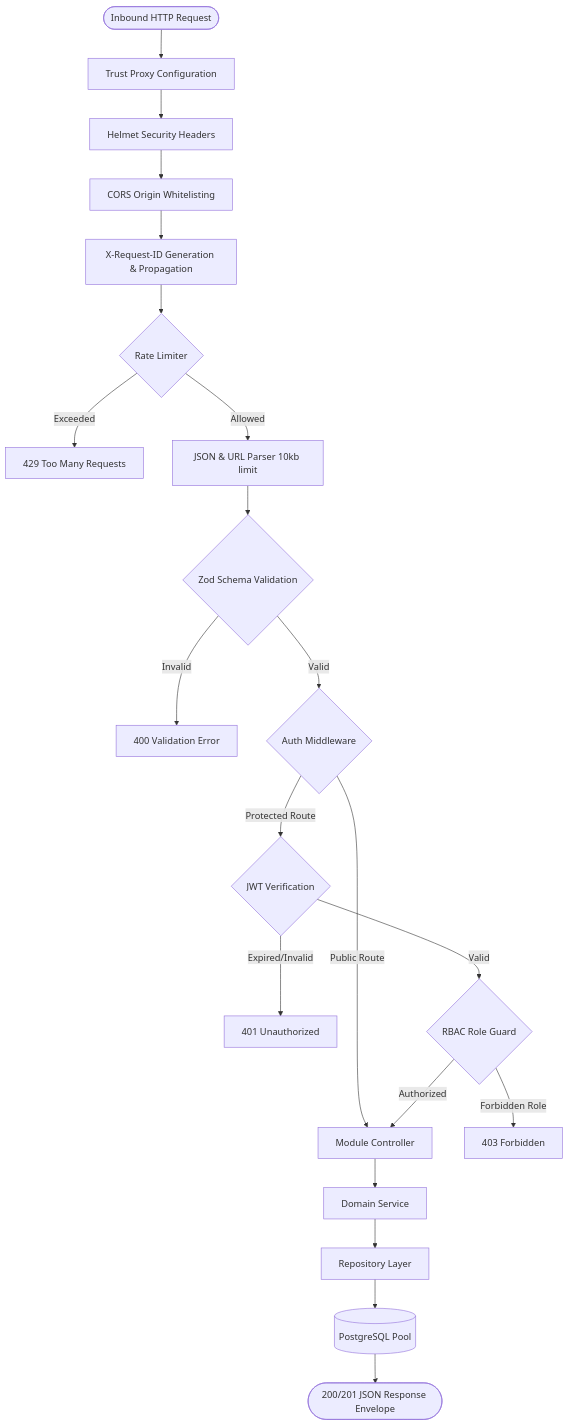
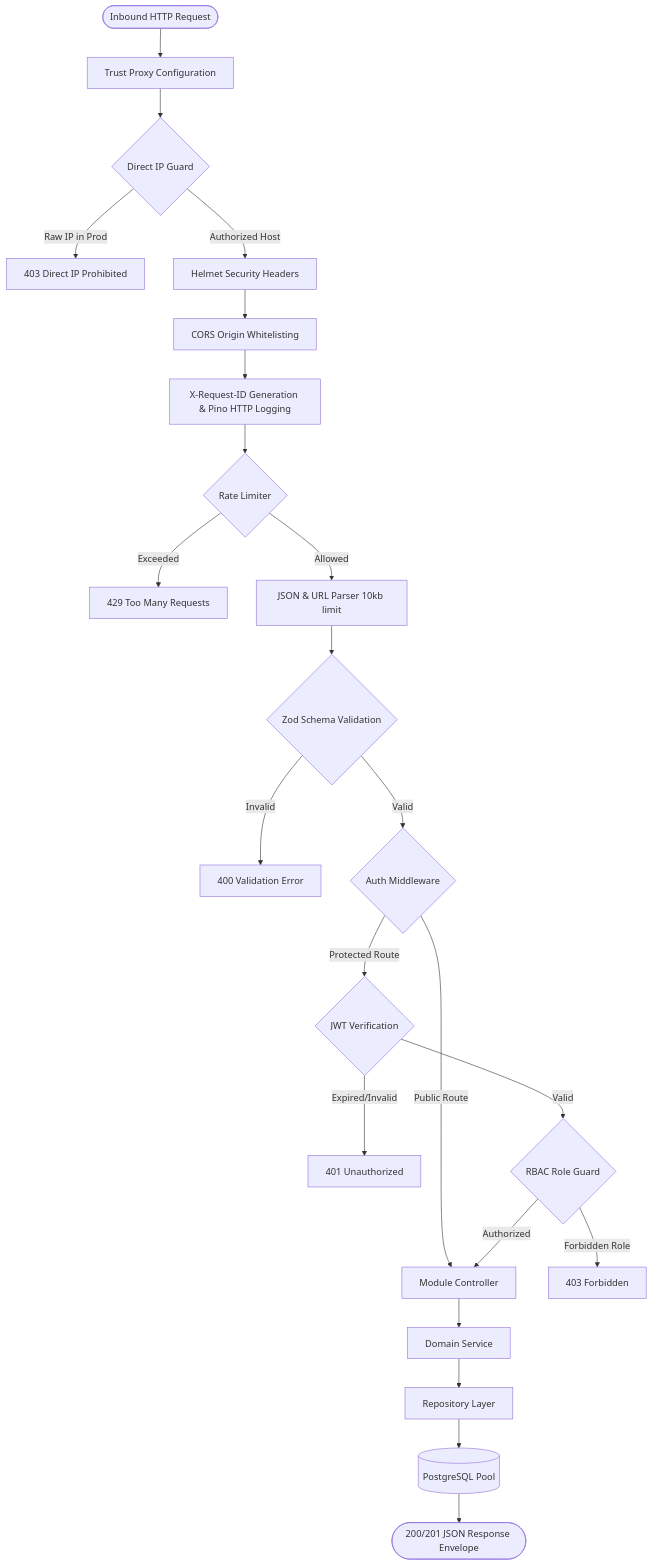
The second of 3 diagrams in ARCHITECTURE.md (majid-superior/sell-digital-assets-api), drawn with Mermaid before and after one commit. The commit also changed other lines of this file and 22 other files, not shown here.

````diff
--- a/ARCHITECTURE.md
+++ b/ARCHITECTURE.md
@@ -33,29 +33,32 @@
 ```mermaid
 flowchart TD
     Req([Inbound HTTP Request]) --> TrustProxy[Trust Proxy Configuration]
-    TrustProxy --> Helmet[Helmet Security Headers]
+    TrustProxy --> IPGuard{Direct IP Guard}
+    IPGuard -->|Raw IP in Prod| Res403[403 Direct IP Prohibited]
+    IPGuard -->|Authorized Host| Helmet[Helmet Security Headers]
+    
     Helmet --> CORS[CORS Origin Whitelisting]
-    CORS --> RequestID[X-Request-ID Generation & Propagation]
+    CORS --> RequestID[X-Request-ID Generation & Pino HTTP Logging]
     RequestID --> RateLimit{Rate Limiter}
     
     RateLimit -->|Exceeded| Res429[429 Too Many Requests]
     RateLimit -->|Allowed| BodyParser[JSON & URL Parser 10kb limit]
     
     BodyParser --> ZodVal{Zod Schema Validation}
     ZodVal -->|Invalid| Res400[400 Validation Error]
     ZodVal -->|Valid| AuthCheck{Auth Middleware}
     
     AuthCheck -->|Public Route| Controller[Module Controller]
     AuthCheck -->|Protected Route| JWTVal{JWT Verification}
     
     JWTVal -->|Expired/Invalid| Res401[401 Unauthorized]
     JWTVal -->|Valid| RBAC{RBAC Role Guard}
     
-    RBAC -->|Forbidden Role| Res403[403 Forbidden]
+    RBAC -->|Forbidden Role| Res403RBAC[403 Forbidden]
     RBAC -->|Authorized| Controller
     
     Controller --> Service[Domain Service]
     Service --> Repository[Repository Layer]
     Repository --> PG[(PostgreSQL Pool)]
     PG --> Res200([200/201 JSON Response Envelope])
 ```
````
